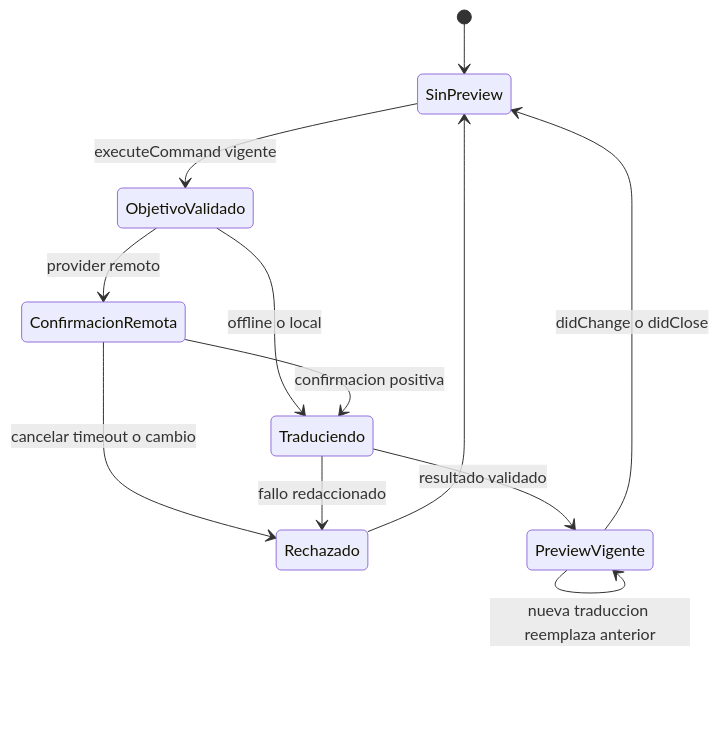
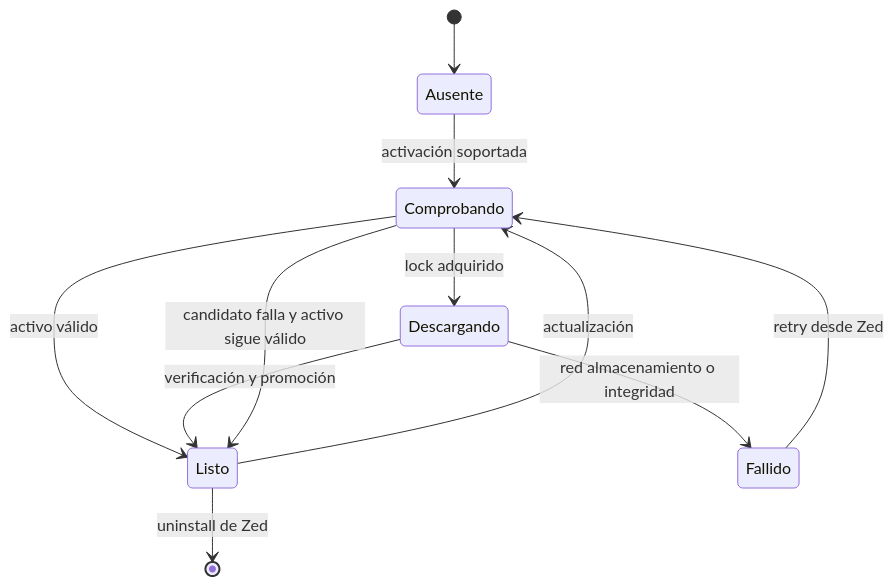
Before and after one commit to Theos48/zed-en-es-translator: the fourth of 5 diagrams in docs/diagrams.md, drawn with Mermaid. The commit also changed other lines of this file and 275 other files, not shown here.

````diff
--- a/docs/diagrams.md
+++ b/docs/diagrams.md
@@ -98,14 +93,13 @@
 ```mermaid
 stateDiagram-v2
-    [*] --> SinPreview
-    SinPreview --> ObjetivoValidado: executeCommand vigente
-    ObjetivoValidado --> ConfirmacionRemota: provider remoto
-    ObjetivoValidado --> Traduciendo: offline o local
-    ConfirmacionRemota --> Traduciendo: confirmacion positiva
-    ConfirmacionRemota --> Rechazado: cancelar timeout o cambio
-    Traduciendo --> PreviewVigente: resultado validado
-    Traduciendo --> Rechazado: fallo redaccionado
-    PreviewVigente --> SinPreview: didChange o didClose
-    PreviewVigente --> PreviewVigente: nueva traduccion reemplaza anterior
-    Rechazado --> SinPreview
+    [*] --> Ausente
+    Ausente --> Comprobando: activación soportada
+    Comprobando --> Descargando: lock adquirido
+    Comprobando --> Listo: activo válido
+    Descargando --> Listo: verificación y promoción
+    Descargando --> Fallido: red almacenamiento o integridad
+    Fallido --> Comprobando: retry desde Zed
+    Listo --> Comprobando: actualización
+    Comprobando --> Listo: candidato falla y activo sigue válido
+    Listo --> [*]: uninstall de Zed
 ```
````
